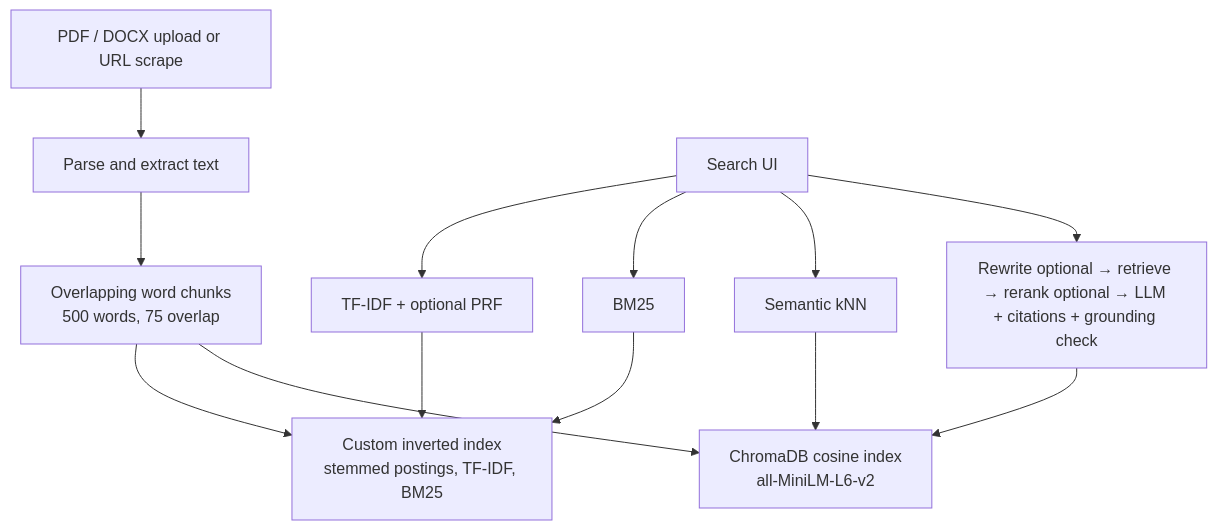
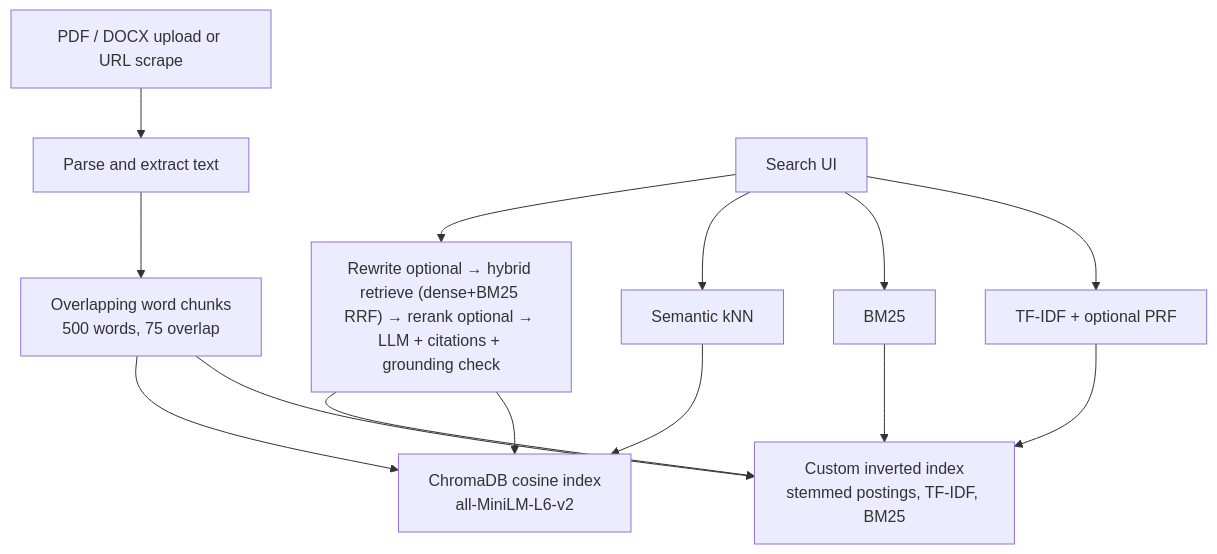
The diagram in README.md (Hmd200/mir-search-rag), drawn with Mermaid before and after one commit. The commit also changed other lines of this file and 13 other files, not shown here.

Commit message:
Add hybrid dense+BM25 RRF retrieval to RAG so vocabulary-mismatch queries can pass the relevance gate.

````diff
--- a/README.md
+++ b/README.md
@@ -24,21 +24,23 @@
 ```mermaid
 flowchart TD
   src["PDF / DOCX upload or URL scrape"]
   parse["Parse and extract text"]
   chunk["Overlapping word chunks<br/>500 words, 75 overlap"]
   lex["Custom inverted index<br/>stemmed postings, TF-IDF, BM25"]
   vec["ChromaDB cosine index<br/>all-MiniLM-L6-v2"]
   ui["Search UI"]
   vsm["TF-IDF + optional PRF"]
   bm25["BM25"]
   sem["Semantic kNN"]
-  rag["Rewrite optional → retrieve → rerank optional → LLM + citations + grounding check"]
+  rag["Rewrite optional → hybrid retrieve (dense+BM25 RRF) → rerank optional → LLM + citations + grounding check"]
 
   src --> parse --> chunk
   chunk --> lex
   chunk --> vec
   ui --> vsm --> lex
   ui --> bm25 --> lex
   ui --> sem --> vec
-  ui --> rag --> vec
+  ui --> rag
+  rag --> vec
+  rag --> lex
 ```
````
